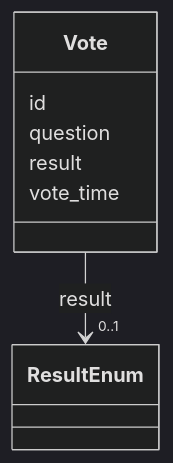
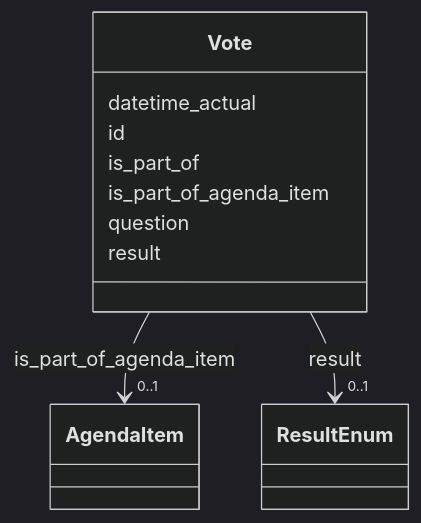
Before and after one commit to swiss/political-affairs-ech-group: the diagram in tutorial/output/docs/Vote.md, drawn with Mermaid (dark theme). The commit also changed other lines of this file and 58 other files, not shown here.

````diff
--- a/tutorial/output/docs/Vote.md
+++ b/tutorial/output/docs/Vote.md
@@ -14,23 +13,36 @@
 ```mermaid
  classDiagram
     class Vote
-    click Vote href "../Vote"
+    click Vote href "../Vote/"
+      Vote : datetime_actual
+        
       Vote : id
+        
+      Vote : is_part_of
+        
+      Vote : is_part_of_agenda_item
+        
+          
+    
+        
+        
+        Vote --> "0..1" AgendaItem : is_part_of_agenda_item
+        click AgendaItem href "../AgendaItem/"
+    
+
         
       Vote : question
         
       Vote : result
         
           
     
         
         
         Vote --> "0..1" ResultEnum : result
-        click ResultEnum href "../ResultEnum"
+        click ResultEnum href "../ResultEnum/"
     
 
         
-      Vote : vote_time
-        
       
 ```
````
